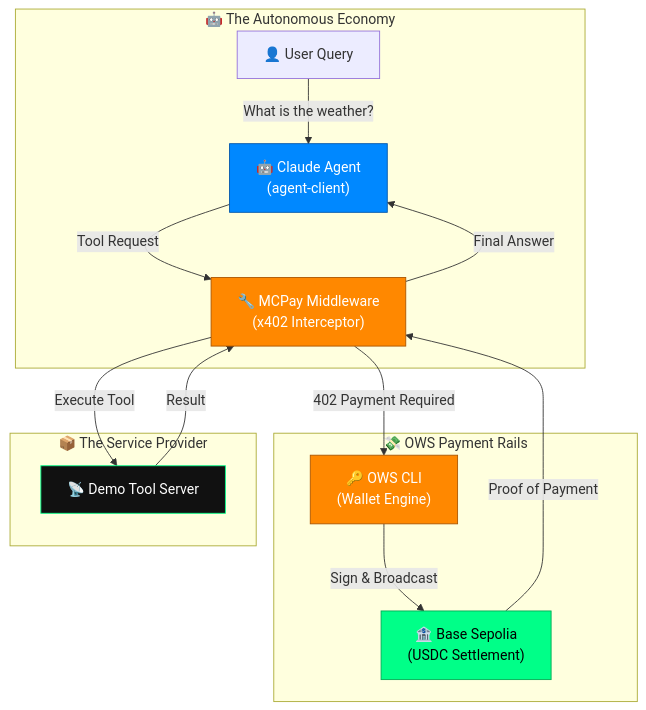
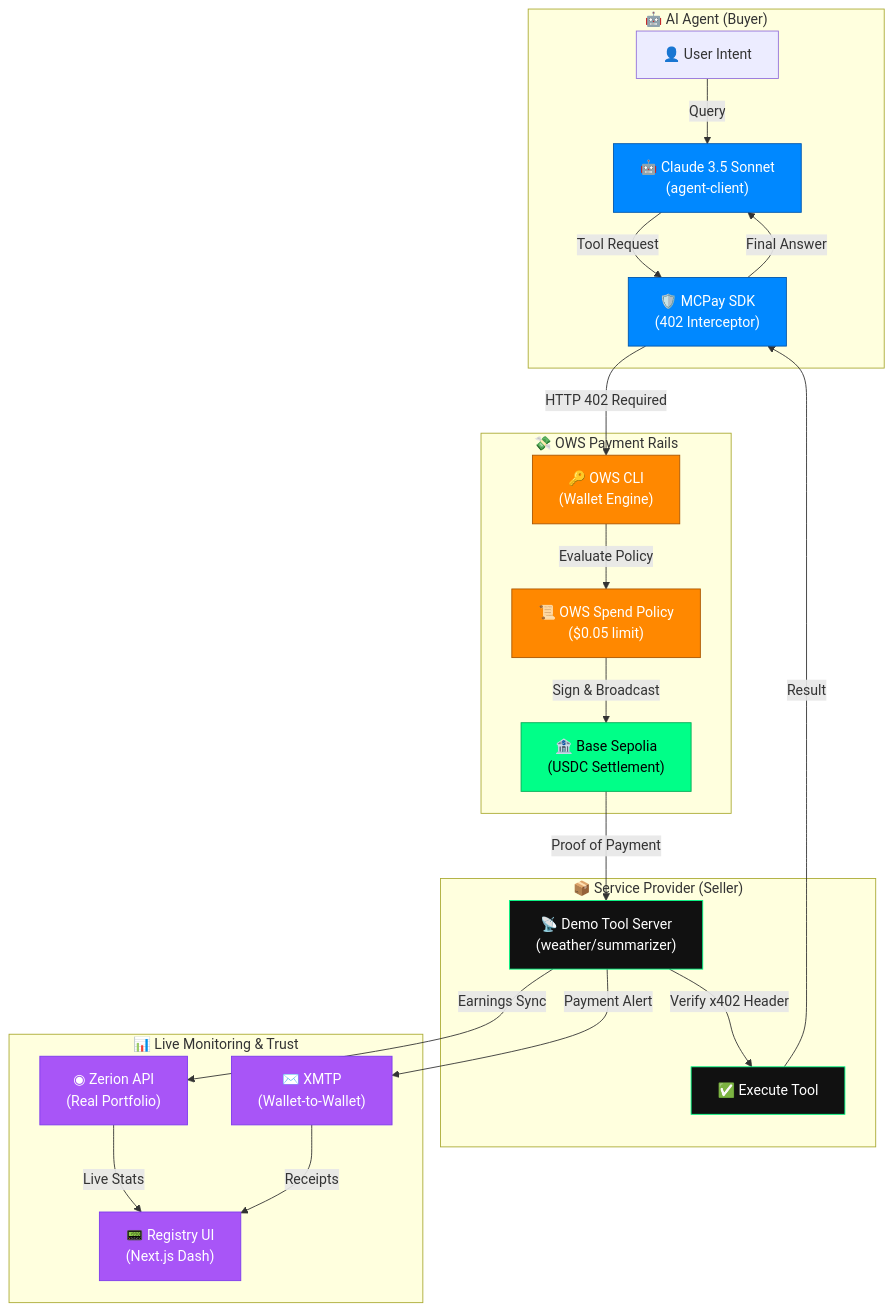
The diagram in README.md (NikhilRaikwar/MCPay), drawn with Mermaid before and after one commit. The commit also changed other lines of this file and 13 other files, not shown here.

Commit message:
feat: complete MCPay migration to Next.js with real Zerion & XMTP integration

````diff
--- a/README.md
+++ b/README.md
@@ -15,29 +17,39 @@
 ```mermaid
 graph TD
-    subgraph "🤖 The Autonomous Economy"
-    A["👤 User Query"] -->|What is the weather?| B["🤖 Claude Agent <br/>(agent-client)"]
-    B -->|Tool Request| C["🔧 MCPay Middleware <br/>(x402 Interceptor)"]
+    subgraph "🤖 AI Agent (Buyer)"
+    A["👤 User Intent"] -->|Query| B["🤖 Claude 3.5 Sonnet <br/>(agent-client)"]
+    B -->|Tool Request| C["🛡️ MCPay SDK <br/>(402 Interceptor)"]
     end
 
     subgraph "💸 OWS Payment Rails"
-    C -->|402 Payment Required| D["🔑 OWS CLI <br/>(Wallet Engine)"]
-    D -->|Sign & Broadcast| E["🏦 Base Sepolia <br/>(USDC Settlement)"]
-    E -->|Proof of Payment| C
+    C -->|HTTP 402 Required| D["🔑 OWS CLI <br/>(Wallet Engine)"]
+    D -->|Evaluate Policy| D1["📜 OWS Spend Policy <br/>($0.05 limit)"]
+    D1 -->|Sign & Broadcast| E["🏦 Base Sepolia <br/>(USDC Settlement)"]
     end
 
-    subgraph "📦 The Service Provider"
-    C -->|Execute Tool| F["📡 Demo Tool Server"]
-    F -->|Result| C
+    subgraph "📦 Service Provider (Seller)"
+    E -->|Proof of Payment| F["📡 Demo Tool Server <br/>(weather/summarizer)"]
+    F -->|Verify x402 Header| G["✅ Execute Tool"]
+    G -->|Result| C
     C -->|Final Answer| B
+    end
+
+    subgraph "📊 Live Monitoring & Trust"
+    F -->|Payment Alert| H["✉️ XMTP <br/>(Wallet-to-Wallet)"]
+    F -->|Earnings Sync| I["◉ Zerion API <br/>(Real Portfolio)"]
+    I -->|Live Stats| J["📟 Registry UI <br/>(Next.js Dash)"]
+    H -->|Receipts| J
     end
 
     classDef agent fill:#0088ff,stroke:#0055aa,color:#fff;
     classDef ows fill:#ff8800,stroke:#aa5500,color:#fff;
     classDef blockchain fill:#00ff88,stroke:#00aa55,color:#000;
     classDef server fill:#111,stroke:#00ff88,color:#fff;
+    classDef monitoring fill:#a855f7,stroke:#7c3aed,color:#fff;
 
-    class B agent;
-    class D,C ows;
+    class B,C agent;
+    class D,D1 ows;
     class E blockchain;
-    class F server;
+    class F,G server;
+    class H,I,J monitoring;
 ```
````
